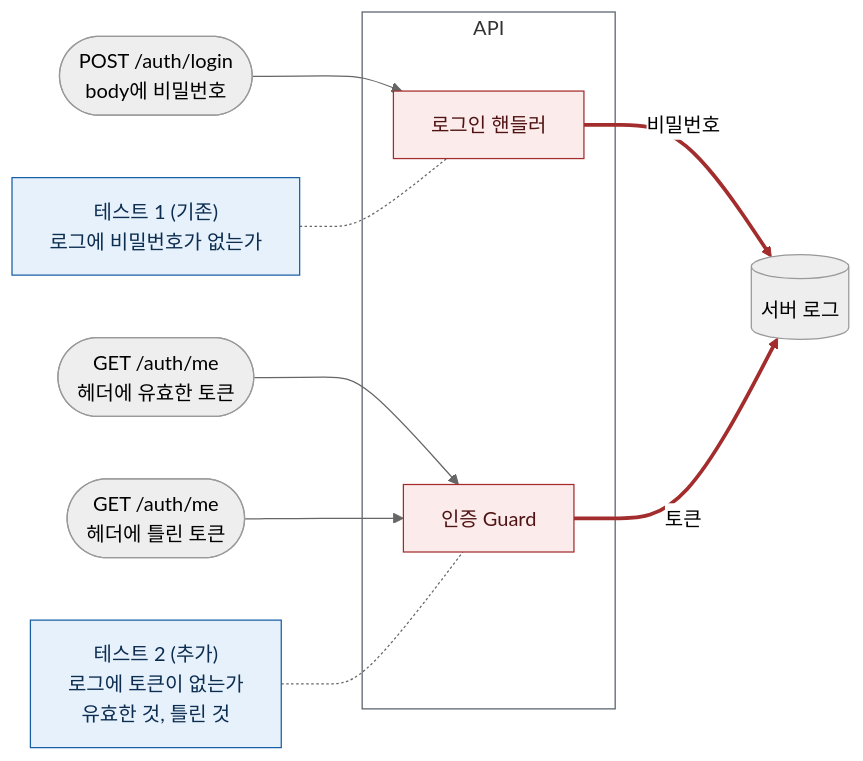
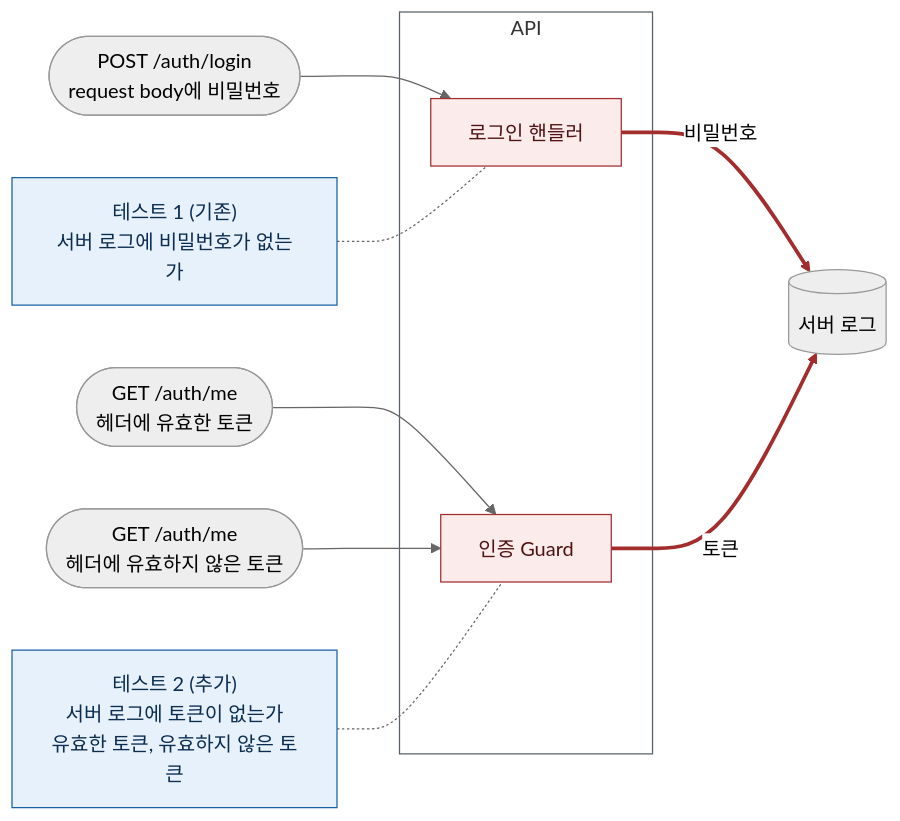
One commit to loquemedalagana/secure-enroll-demo changed the second of 3 diagrams in docs/diagnosis/defect-3.md. Above: the diagram before and after it, drawn with Mermaid (neutral theme). The commit also changed other lines of this file, not shown here.

````diff
--- a/docs/diagnosis/defect-3.md
+++ b/docs/diagnosis/defect-3.md
@@ -157,29 +157,29 @@
 ```mermaid
 flowchart LR
-  r1(["POST /auth/login<br/>body에 비밀번호"])
+  r1(["POST /auth/login<br/>request body에 비밀번호"])
   r2(["GET /auth/me<br/>헤더에 유효한 토큰"])
-  r3(["GET /auth/me<br/>헤더에 틀린 토큰"])
+  r3(["GET /auth/me<br/>헤더에 유효하지 않은 토큰"])
 
   subgraph api["API"]
     h1["로그인 핸들러"]
     g["인증 Guard"]
   end
 
   log[("서버 로그")]
 
   r1 --> h1
   r2 --> g
   r3 --> g
   h1 == "비밀번호" ==> log
   g == "토큰" ==> log
 
-  t1["테스트 1 (기존)<br/>로그에 비밀번호가 없는가"] -.- h1
-  t2["테스트 2 (추가)<br/>로그에 토큰이 없는가<br/>유효한 것, 틀린 것"] -.- g
+  t1["테스트 1 (기존)<br/>서버 로그에 비밀번호가 없는가"] -.- h1
+  t2["테스트 2 (추가)<br/>서버 로그에 토큰이 없는가<br/>유효한 토큰, 유효하지 않은 토큰"] -.- g
 
   classDef danger fill:#FCEBEB,stroke:#A32D2D,color:#501313
   classDef test fill:#E6F1FB,stroke:#185FA5,color:#0C2D50
   class h1,g danger
   class t1,t2 test
   style api fill:none,stroke:#57606a
   linkStyle 3,4 stroke:#A32D2D,stroke-width:3px
 ```
````
